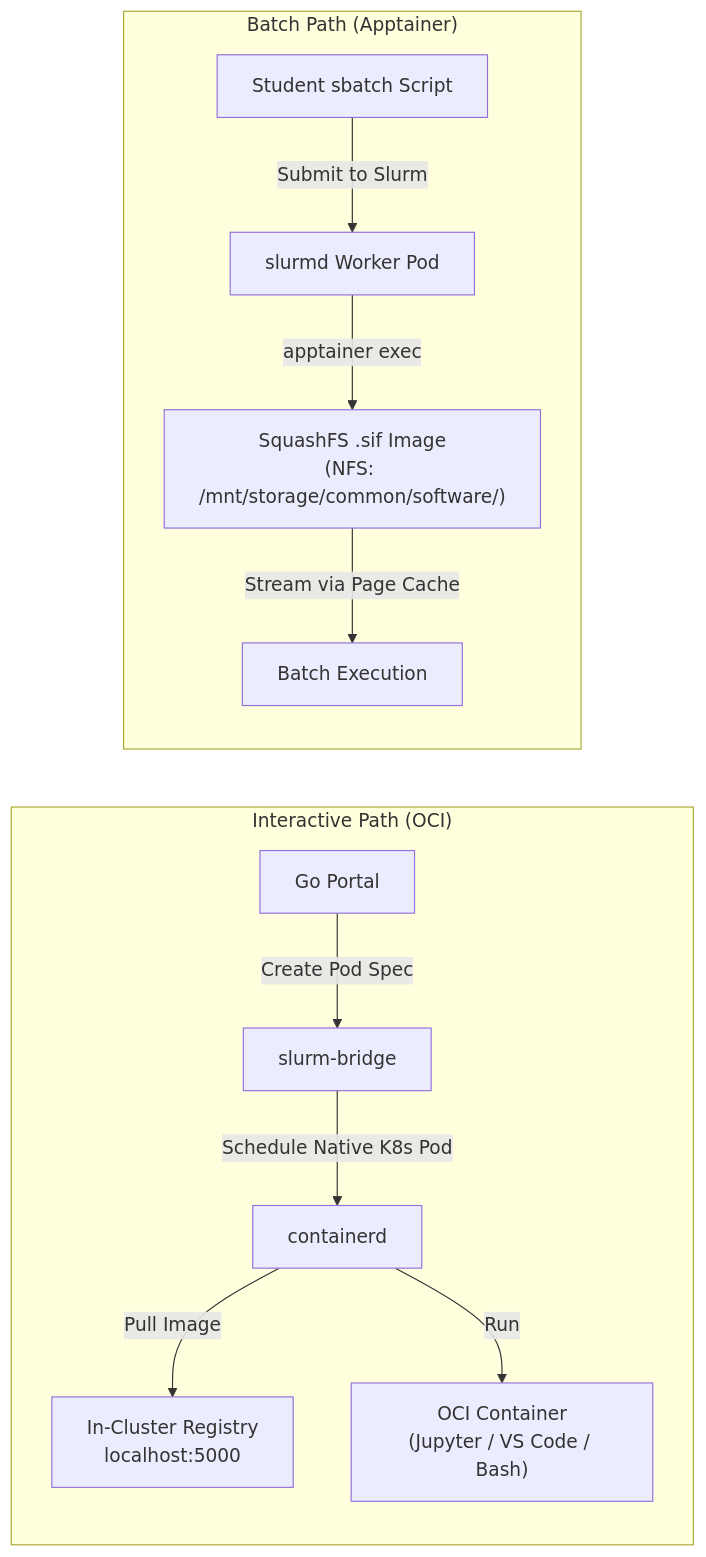
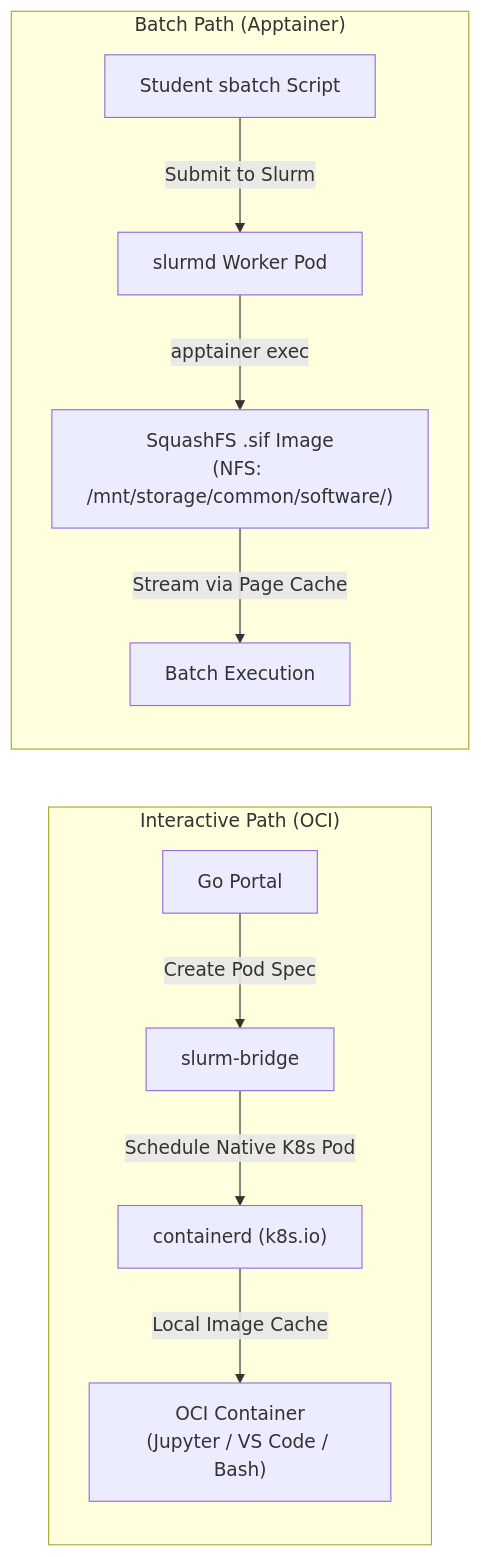
One commit to khemingkapat/ai_sandbox changed the third of 5 diagrams in docs/BACKEND_DEPLOYMENT_REPORT.md. Above: the diagram before and after it, drawn with Mermaid. The commit also changed other lines of this file, not shown here.

````diff
--- a/docs/BACKEND_DEPLOYMENT_REPORT.md
+++ b/docs/BACKEND_DEPLOYMENT_REPORT.md
@@ -360,15 +377,14 @@
 ```mermaid
 flowchart LR
     subgraph "Interactive Path (OCI)"
         Portal["Go Portal"] -->|Create Pod Spec| Bridge["slurm-bridge"]
-        Bridge -->|Schedule Native K8s Pod| Containerd["containerd"]
-        Containerd -->|Pull Image| Registry["In-Cluster Registry<br/>localhost:5000"]
-        Containerd -->|Run| Pod["OCI Container<br/>(Jupyter / VS Code / Bash)"]
+        Bridge -->|Schedule Native K8s Pod| Containerd["containerd (k8s.io)"]
+        Containerd -->|Local Image Cache| Pod["OCI Container<br/>(Jupyter / VS Code / Bash)"]
     end
 
     subgraph "Batch Path (Apptainer)"
         User["Student sbatch Script"] -->|Submit to Slurm| Slurmd["slurmd Worker Pod"]
         Slurmd -->|apptainer exec| SIF["SquashFS .sif Image<br/>(NFS: /mnt/storage/common/software/)"]
         SIF -->|Stream via Page Cache| Exec["Batch Execution"]
     end
 ```
````
